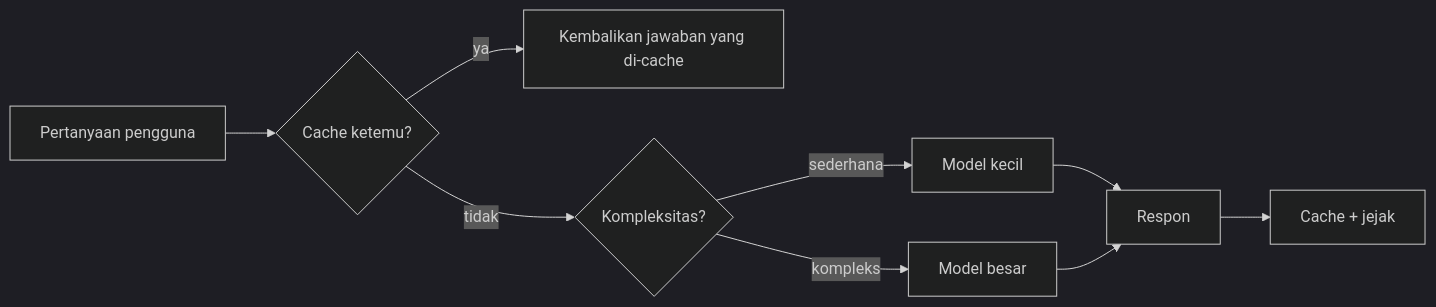
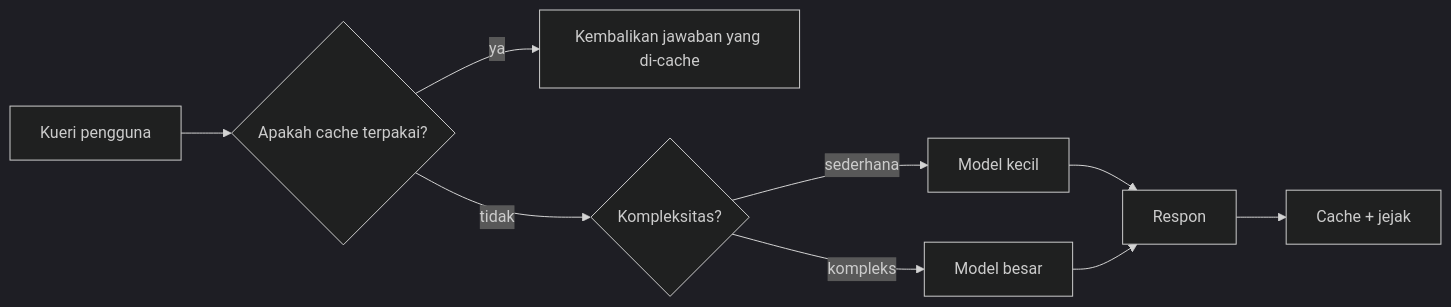
One commit to gabrielmoreira/agent-skills-mirror changed the third of 4 diagrams in mirrors/repos/microsoft@ai-agents-for-beginners/translations/id/16-deploying-scalable-agents/README.md. Above: the diagram before and after it, drawn with Mermaid (dark theme). The commit also changed other lines of this file and 4262 other files, not shown here.

````diff
--- a/mirrors/repos/microsoft@ai-agents-for-beginners/translations/id/16-deploying-scalable-agents/README.md
+++ b/mirrors/repos/microsoft@ai-agents-for-beginners/translations/id/16-deploying-scalable-agents/README.md
@@ -134,11 +134,11 @@
 ```mermaid
 flowchart LR
-    Q[Pertanyaan pengguna] --> C{Cache ketemu?}
+    Q[Kueri pengguna] --> C{Apakah cache terpakai?}
     C -->|ya| R[Kembalikan jawaban yang di-cache]
     C -->|tidak| Router{Kompleksitas?}
     Router -->|sederhana| SLM[Model kecil]
     Router -->|kompleks| LLM[Model besar]
     SLM --> Out[Respon]
     LLM --> Out
     Out --> Store[Cache + jejak]
 ```
````
